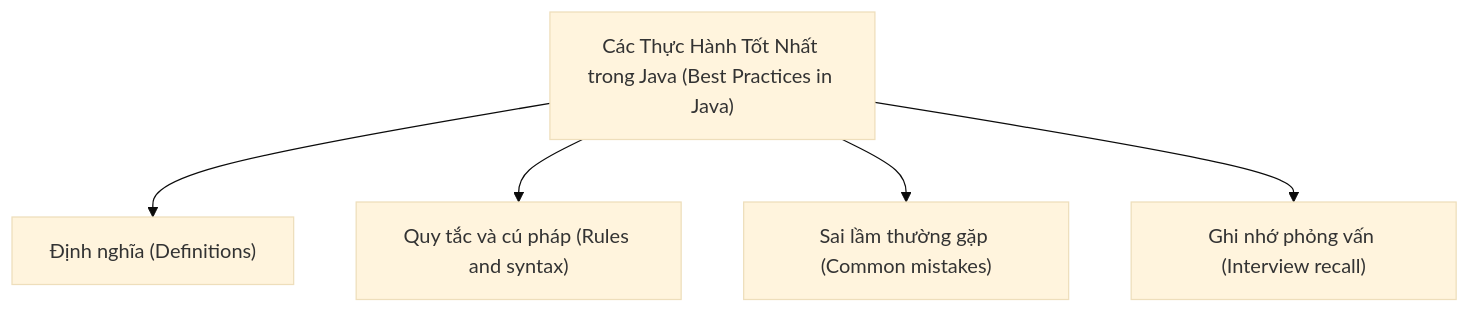
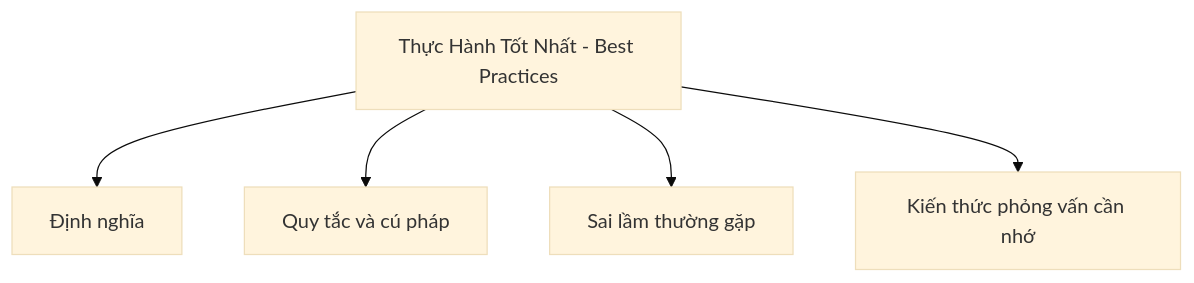
The diagram in vi/41-best-practices/README.md (PhuThien2005/theoretical-of-java-core), drawn with Mermaid (base theme) before and after one commit. The commit also changed other lines of this file and 229 other files, not shown here.

````diff
--- a/vi/41-best-practices/README.md
+++ b/vi/41-best-practices/README.md
@@ -55,7 +55,7 @@
 ```mermaid
 flowchart TD
-    A["Các Thực Hành Tốt Nhất trong Java (Best Practices in Java)"] --> B["Định nghĩa (Definitions)"]
-    A --> C["Quy tắc và cú pháp (Rules and syntax)"]
-    A --> D["Sai lầm thường gặp (Common mistakes)"]
-    A --> E["Ghi nhớ phỏng vấn (Interview recall)"]
+    A[Thực Hành Tốt Nhất - Best Practices] --> B[Định nghĩa]
+    A --> C[Quy tắc và cú pháp]
+    A --> D[Sai lầm thường gặp]
+    A --> E[Kiến thức phỏng vấn cần nhớ]
 ```
````
